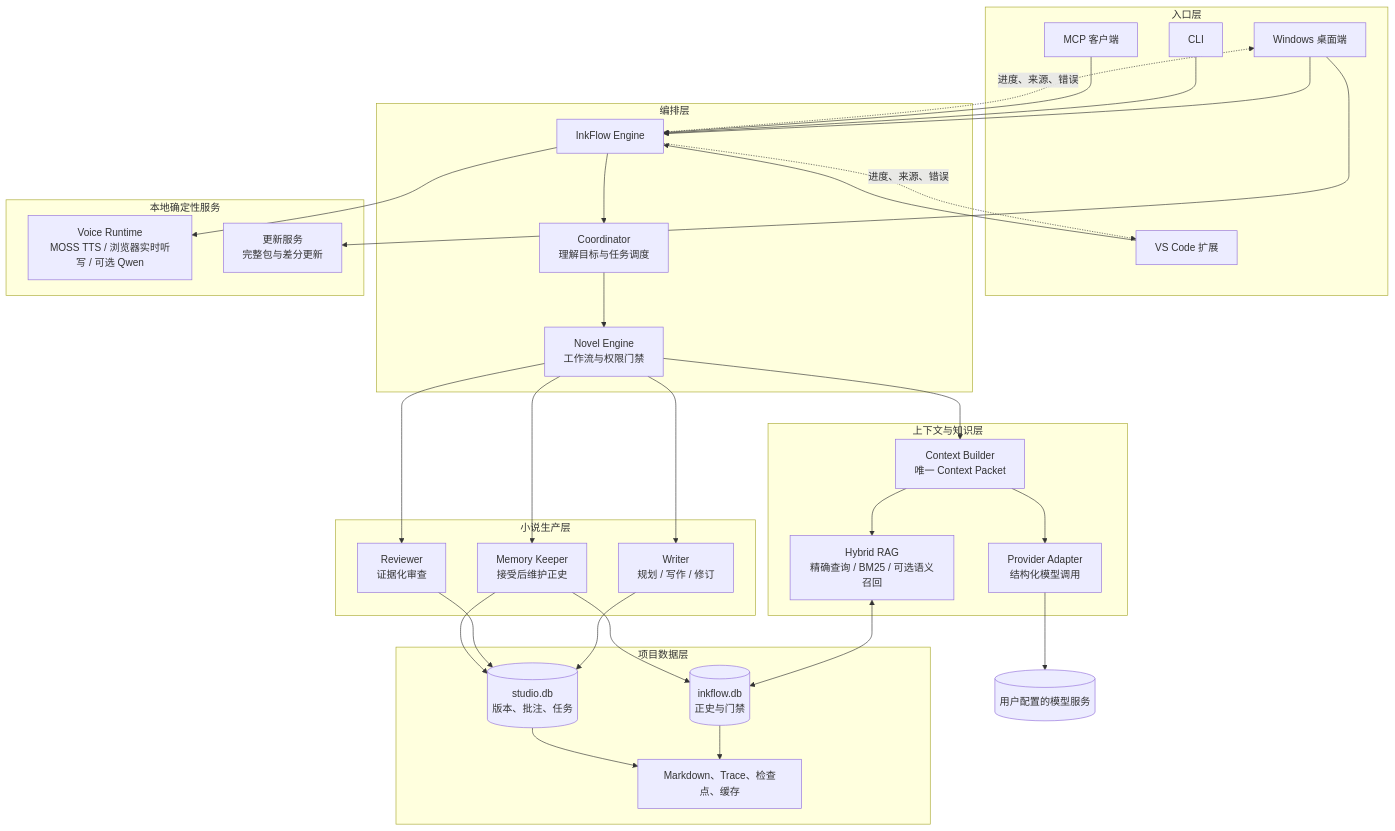
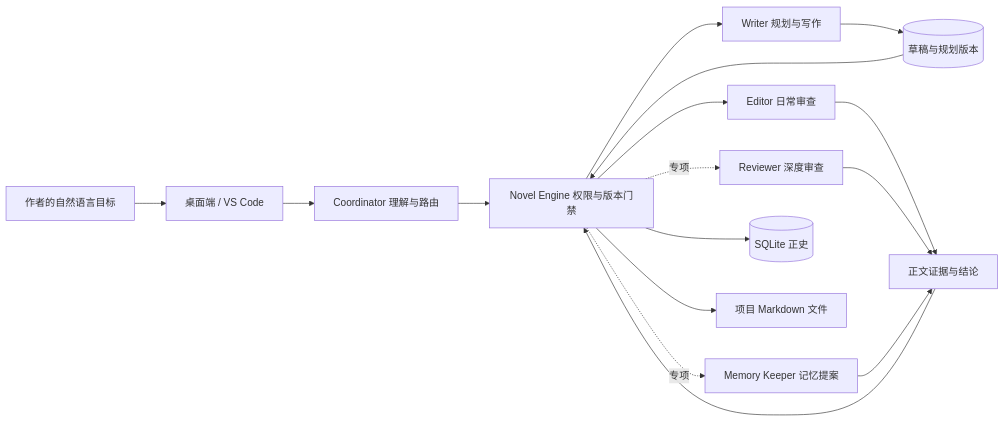
The diagram in README.md (littlewinter320/inkflow), drawn with Mermaid before and after one commit. The commit also changed other lines of this file and 73 other files, not shown here.

Commit message:
Release InkFlow 0.7.0 with Edge voice defaults and documentation cleanup

````diff
--- a/README.md
+++ b/README.md
@@ -140,53 +31,18 @@
 ```mermaid
-flowchart TB
-    subgraph Entry[入口层]
-        Desktop[Windows 桌面端]
-        Extension[VS Code 扩展]
-        CLI[CLI]
-        MCP[MCP 客户端]
-    end
-
-    subgraph Orchestration[编排层]
-        Engine[InkFlow Engine]
-        Coordinator[Coordinator<br/>理解目标与任务调度]
-        Novel[Novel Engine<br/>工作流与权限门禁]
-    end
-
-    subgraph Production[小说生产层]
-        Writer[Writer<br/>规划 / 写作 / 修订]
-        Reviewer[Reviewer<br/>证据化审查]
-        Keeper[Memory Keeper<br/>接受后维护正史]
-    end
-
-    subgraph Knowledge[上下文与知识层]
-        Context[Context Builder<br/>唯一 Context Packet]
-        Retrieval[Hybrid RAG<br/>精确查询 / BM25 / 可选语义召回]
-        Provider[Provider Adapter<br/>结构化模型调用]
-    end
-
-    subgraph Storage[项目数据层]
-        Canon[(inkflow.db<br/>正史与门禁)]
-        Studio[(studio.db<br/>版本、批注、任务)]
-        Files[Markdown、Trace、检查点、缓存]
-    end
-
-    subgraph Local[本地确定性服务]
-        Voice[Voice Runtime<br/>MOSS TTS / 浏览器实时听写 / 可选 Qwen]
-        Update[更新服务<br/>完整包与差分更新]
-    end
-
-    Desktop & Extension & CLI & MCP --> Engine
-    Engine --> Coordinator --> Novel
-    Novel --> Writer & Reviewer & Keeper
-    Novel --> Context
-    Context --> Retrieval
-    Retrieval <--> Canon
-    Context --> Provider --> Model[(用户配置的模型服务)]
-    Writer & Reviewer & Keeper --> Studio
-    Keeper --> Canon
-    Canon --> Files
-    Studio --> Files
-    Engine -.进度、来源、错误.-> Desktop & Extension
-    Engine --> Voice
-    Desktop --> Update
+flowchart LR
+    User[作者的自然语言目标] --> UI[桌面端 / VS Code]
+    UI --> Coordinator[Coordinator 理解与路由]
+    Coordinator --> Engine[Novel Engine 权限与版本门禁]
+    Engine --> Writer[Writer 规划与写作]
+    Engine --> Editor[Editor 日常审查]
+    Engine -.专项.-> Reviewer[Reviewer 深度审查]
+    Engine -.专项.-> Keeper[Memory Keeper 记忆提案]
+    Writer --> Draft[(草稿与规划版本)]
+    Editor --> Evidence[正文证据与结论]
+    Reviewer --> Evidence
+    Keeper --> Evidence
+    Draft --> Engine
+    Evidence --> Engine
+    Engine --> Canon[(SQLite 正史)]
+    Engine --> Markdown[项目 Markdown 文件]
 ```
````
